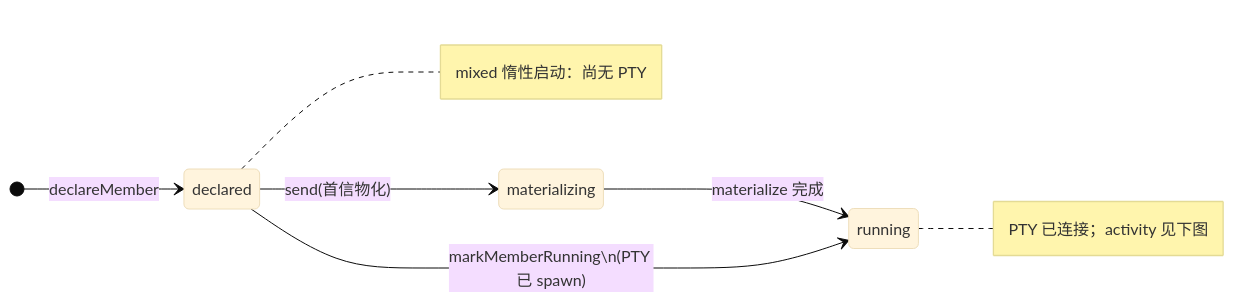
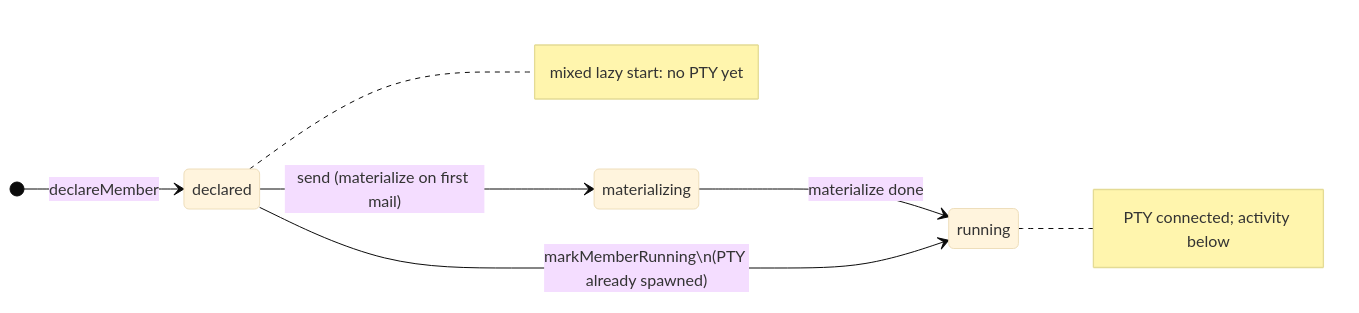
The first of 4 diagrams in docs/TEAM_BUS_MEMBER_STATE.md (hhoao/teampilot), drawn with Mermaid (base theme) before and after one commit. The commit also changed other lines of this file and 7 other files, not shown here.

````diff
--- a/docs/TEAM_BUS_MEMBER_STATE.md
+++ b/docs/TEAM_BUS_MEMBER_STATE.md
@@ -23,14 +21,14 @@
 ```mermaid
 stateDiagram-v2
   direction LR
   [*] --> declared: declareMember
-  declared --> materializing: send(首信物化)
-  materializing --> running: materialize 完成
-  declared --> running: markMemberRunning\n(PTY 已 spawn)
+  declared --> materializing: send (materialize on first mail)
+  materializing --> running: materialize done
+  declared --> running: markMemberRunning\n(PTY already spawned)
   note right of declared
-    mixed 惰性启动：尚无 PTY
+    mixed lazy start: no PTY yet
   end note
   note right of running
-    PTY 已连接；activity 见下图
+    PTY connected; activity below
   end note
 ```
````
